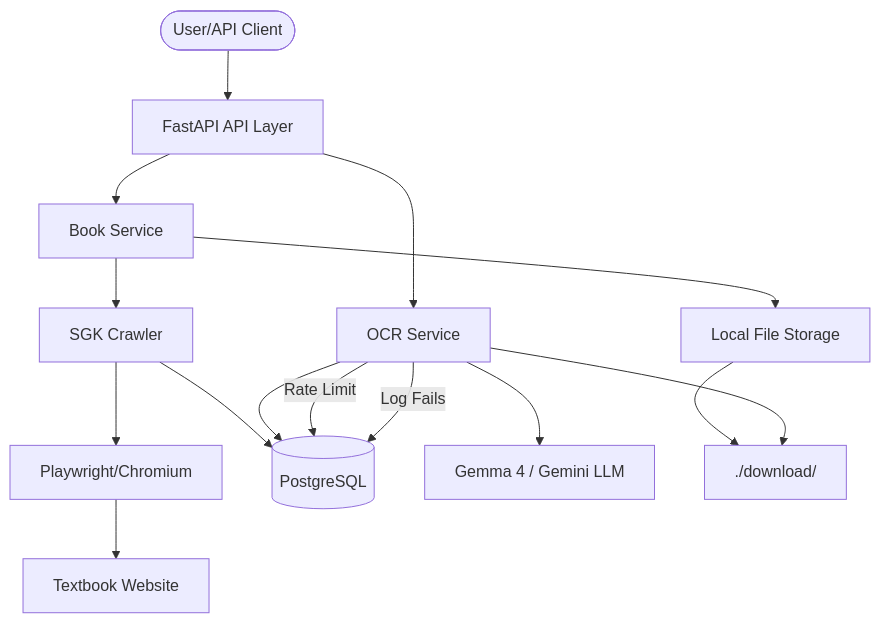
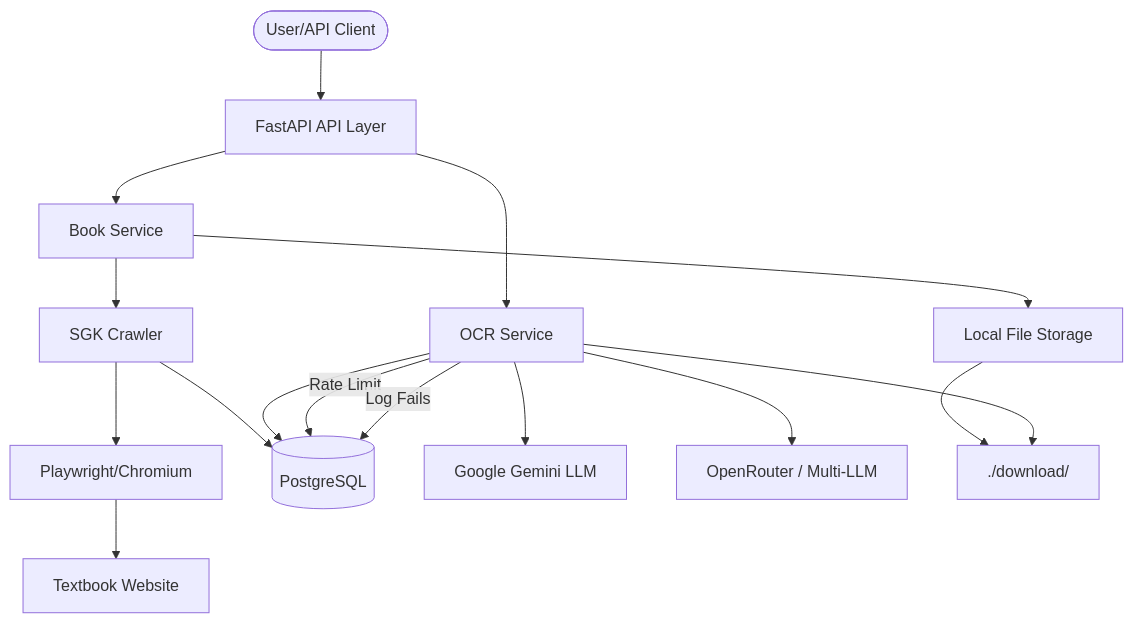
One commit to baokha04/crawler-sgk changed the diagram in AGENTS.md. Above: the diagram before and after it, drawn with Mermaid. The commit also changed other lines of this file and 4 other files, not shown here.

````diff
--- a/AGENTS.md
+++ b/AGENTS.md
@@ -95,17 +95,18 @@
 ```mermaid
 graph TD
     User([User/API Client]) --> API[FastAPI API Layer]
     API --> BookService[Book Service]
     API --> OCRService[OCR Service]
     BookService --> Crawler[SGK Crawler]
     Crawler --> Playwright[Playwright/Chromium]
     Playwright --> Website[Textbook Website]
     Crawler --> DB[(PostgreSQL)]
-    OCRService --> Gemma4[Gemma 4 / Gemini LLM]
+    OCRService --> Gemma4[Google Gemini LLM]
+    OCRService --> OpenRouter[OpenRouter / Multi-LLM]
     OCRService --> DB
     BookService --> Storage[Local File Storage]
     Storage --> DownloadDir[./download/]
     OCRService --> DownloadDir
     OCRService -- Rate Limit --> DB
     OCRService -- Log Fails --> DB
 ```
````
